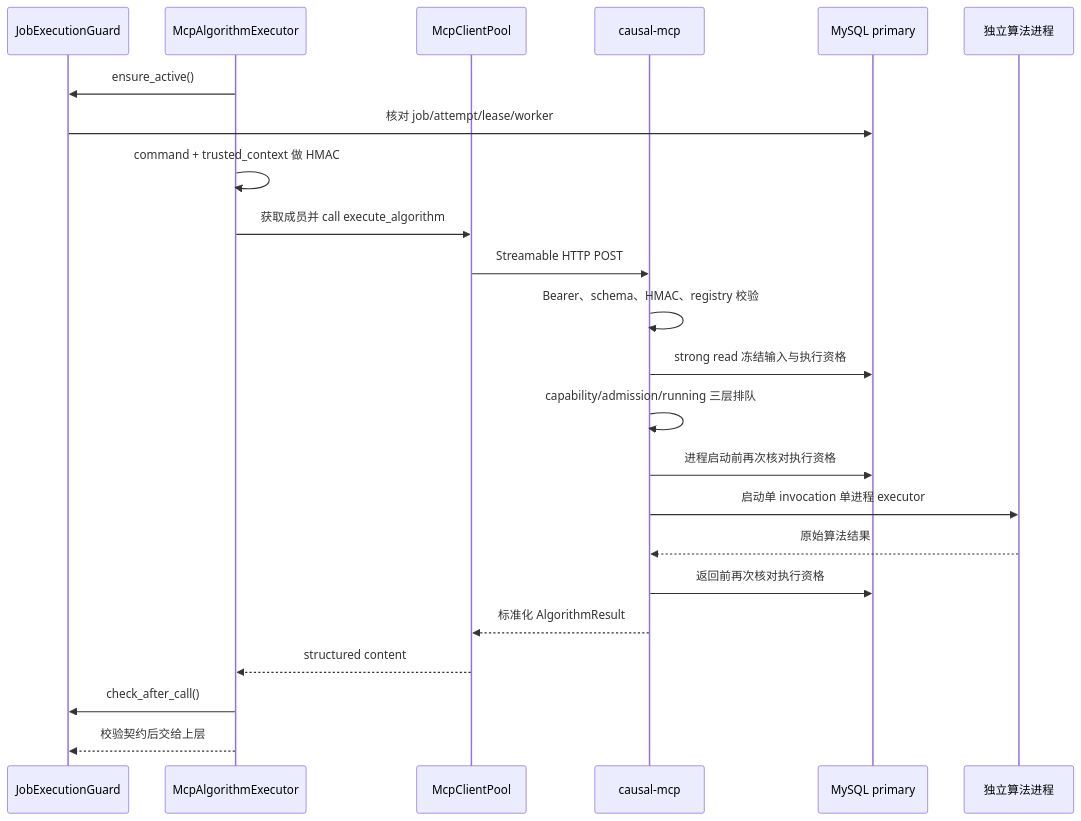
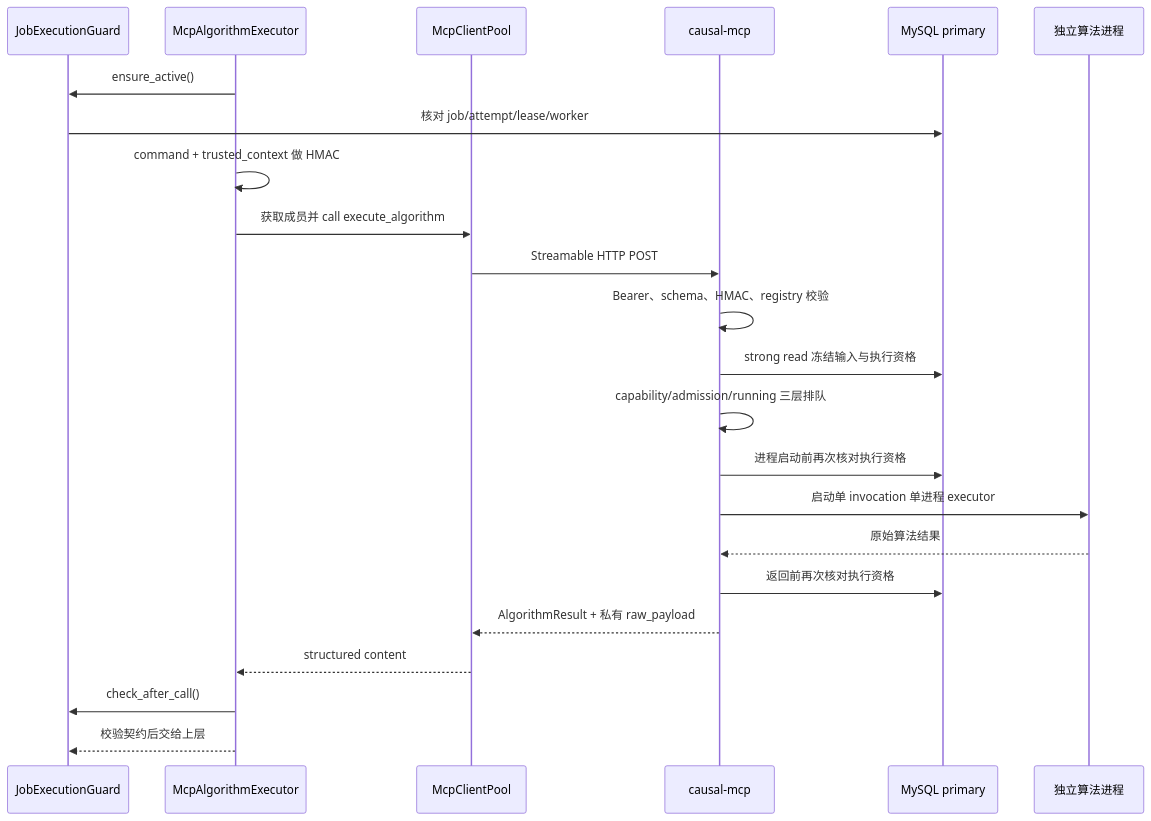
The second of 3 diagrams in Document/architecture/mcp-runtime.md (CausalAgent-team/CausalAgent-temp), drawn with Mermaid before and after one commit. The commit also changed other lines of this file and 4 other files, not shown here.

````diff
--- a/Document/architecture/mcp-runtime.md
+++ b/Document/architecture/mcp-runtime.md
@@ -80,26 +80,26 @@
 ```mermaid
 sequenceDiagram
     participant G as JobExecutionGuard
     participant E as McpAlgorithmExecutor
     participant P as McpClientPool
     participant M as causal-mcp
     participant DB as MySQL primary
     participant CPU as 独立算法进程
 
     E->>G: ensure_active()
     G->>DB: 核对 job/attempt/lease/worker
     E->>E: command + trusted_context 做 HMAC
     E->>P: 获取成员并 call execute_algorithm
     P->>M: Streamable HTTP POST
     M->>M: Bearer、schema、HMAC、registry 校验
     M->>DB: strong read 冻结输入与执行资格
     M->>M: capability/admission/running 三层排队
     M->>DB: 进程启动前再次核对执行资格
     M->>CPU: 启动单 invocation 单进程 executor
     CPU-->>M: 原始算法结果
     M->>DB: 返回前再次核对执行资格
-    M-->>P: 标准化 AlgorithmResult
+    M-->>P: AlgorithmResult + 私有 raw_payload
     P-->>E: structured content
     E->>G: check_after_call()
     E-->>G: 校验契约后交给上层
 ```
````
